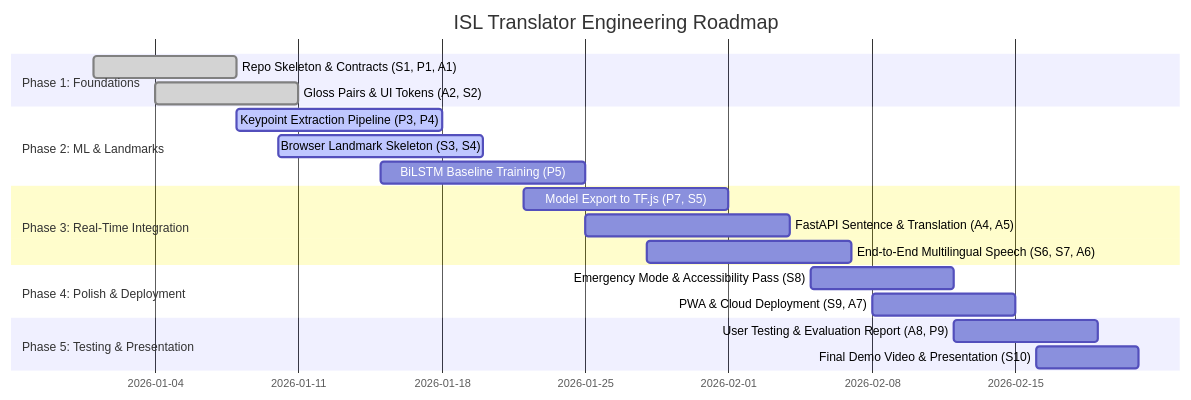
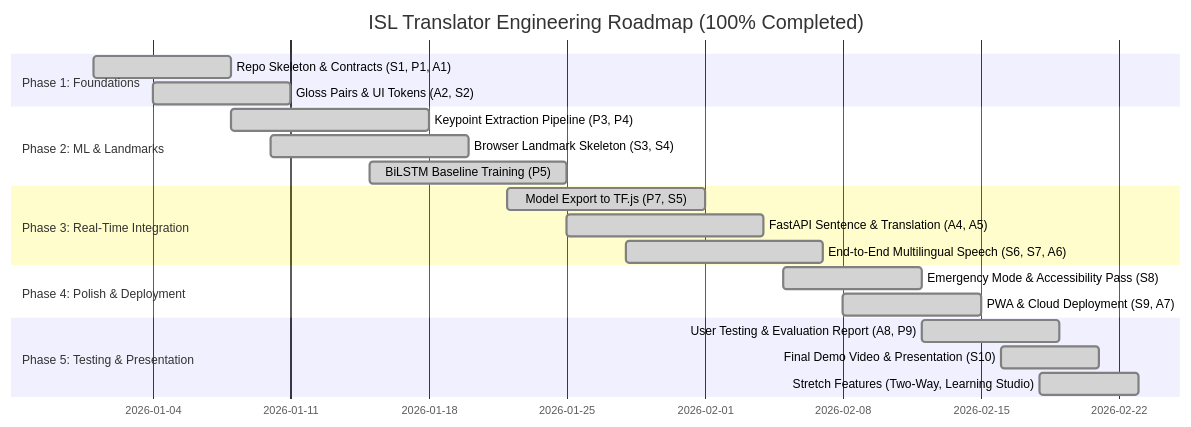
One commit to siddhantthakur278-bit/Indian-Sing-Language-to-Text-Speech-translation changed the third of 3 diagrams in README.md. Above: the diagram before and after it, drawn with Mermaid. The commit also changed other lines of this file and 2 other files, not shown here.

Commit message:
[INTEGRATION] Update master roadmap, contract specifications, and mark all project phases complete

````diff
--- a/README.md
+++ b/README.md
@@ -450,22 +526,23 @@
 ```mermaid
 gantt
-    title ISL Translator Engineering Roadmap
+    title ISL Translator Engineering Roadmap (100% Completed)
     dateFormat  YYYY-MM-DD
     section Phase 1: Foundations
     Repo Skeleton & Contracts (S1, P1, A1)      :done, 2026-01-01, 7d
     Gloss Pairs & UI Tokens (A2, S2)            :done, 2026-01-04, 7d
     section Phase 2: ML & Landmarks
-    Keypoint Extraction Pipeline (P3, P4)       :active, 2026-01-08, 10d
-    Browser Landmark Skeleton (S3, S4)          :active, 2026-01-10, 10d
-    BiLSTM Baseline Training (P5)               :2026-01-15, 10d
+    Keypoint Extraction Pipeline (P3, P4)       :done, 2026-01-08, 10d
+    Browser Landmark Skeleton (S3, S4)          :done, 2026-01-10, 10d
+    BiLSTM Baseline Training (P5)               :done, 2026-01-15, 10d
     section Phase 3: Real-Time Integration
-    Model Export to TF.js (P7, S5)              :2026-01-22, 10d
-    FastAPI Sentence & Translation (A4, A5)     :2026-01-25, 10d
-    End-to-End Multilingual Speech (S6, S7, A6) :2026-01-28, 10d
+    Model Export to TF.js (P7, S5)              :done, 2026-01-22, 10d
+    FastAPI Sentence & Translation (A4, A5)     :done, 2026-01-25, 10d
+    End-to-End Multilingual Speech (S6, S7, A6) :done, 2026-01-28, 10d
     section Phase 4: Polish & Deployment
-    Emergency Mode & Accessibility Pass (S8)    :2026-02-05, 7d
-    PWA & Cloud Deployment (S9, A7)             :2026-02-08, 7d
+    Emergency Mode & Accessibility Pass (S8)    :done, 2026-02-05, 7d
+    PWA & Cloud Deployment (S9, A7)             :done, 2026-02-08, 7d
     section Phase 5: Testing & Presentation
-    User Testing & Evaluation Report (A8, P9)   :2026-02-12, 7d
-    Final Demo Video & Presentation (S10)       :2026-02-16, 5d
+    User Testing & Evaluation Report (A8, P9)   :done, 2026-02-12, 7d
+    Final Demo Video & Presentation (S10)       :done, 2026-02-16, 5d
+    Stretch Features (Two-Way, Learning Studio) :done, 2026-02-18, 5d
 ```
````
